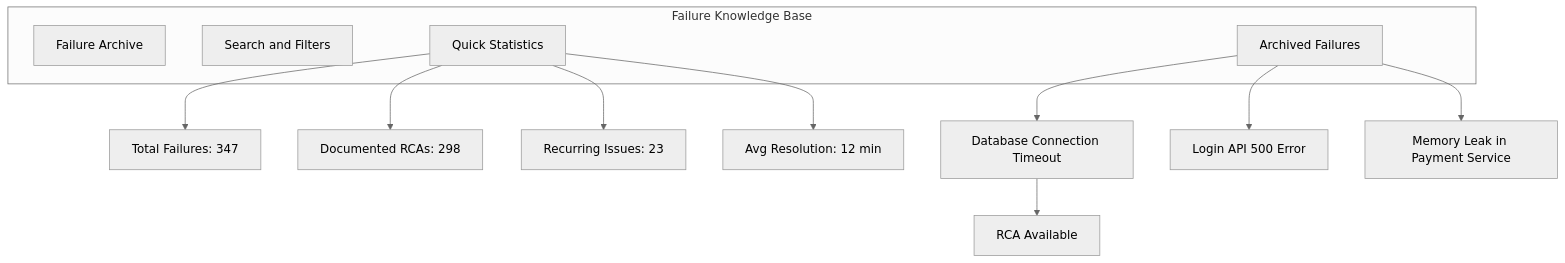
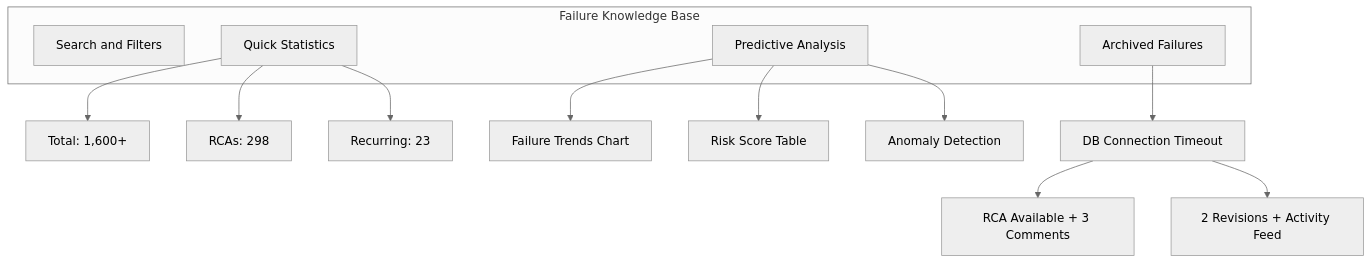
One commit to rayalon1984/testops-copilot changed the fifth of 5 diagrams in docs/DEMO.md. Above: the diagram before and after it, drawn with Mermaid (neutral theme). The commit also changed other lines of this file and 5 other files, not shown here.

First line of the commit message:
docs: comprehensive documentation overhaul — README, DEMO, HOW_IT_WORKS, CHANGELOG, ROADMAP

````diff
--- a/docs/DEMO.md
+++ b/docs/DEMO.md
@@ -66,19 +223,21 @@
 ```mermaid
 graph TD
-    subgraph KnowledgeBase["Failure Knowledge Base"]
-        Header[Failure Archive]
+    subgraph KB["Failure Knowledge Base"]
         Search[Search and Filters]
         Stats2[Quick Statistics]
         FailureList[Archived Failures]
+        Predictions[Predictive Analysis]
     end
 
-    Stats2 --> Total[Total Failures: 347]
-    Stats2 --> Documented[Documented RCAs: 298]
-    Stats2 --> Recurring[Recurring Issues: 23]
-    Stats2 --> AvgTime[Avg Resolution: 12 min]
+    Stats2 --> Total[Total: 1,600+]
+    Stats2 --> Documented[RCAs: 298]
+    Stats2 --> Recurring[Recurring: 23]
 
-    FailureList --> Failure1[Database Connection Timeout]
-    FailureList --> Failure2[Login API 500 Error]
-    FailureList --> Failure3[Memory Leak in Payment Service]
-    Failure1 --> RCA1[RCA Available]
+    Predictions --> Trends[Failure Trends Chart]
+    Predictions --> Risk[Risk Score Table]
+    Predictions --> Anomaly[Anomaly Detection]
+
+    FailureList --> F1[DB Connection Timeout]
+    F1 --> RCA[RCA Available + 3 Comments]
+    F1 --> Revisions[2 Revisions + Activity Feed]
 ```
````
